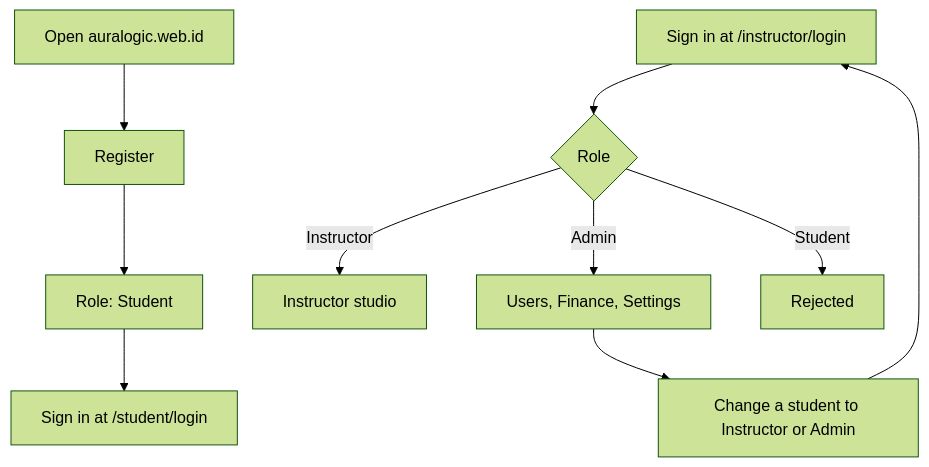
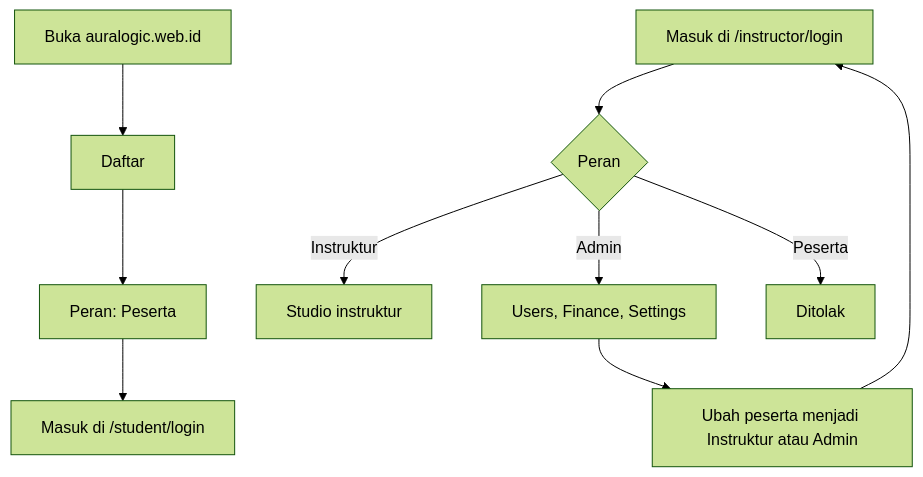
One commit to bionte4/auralogic changed the first of 6 diagrams in docs/process-flow.md. Above: the diagram before and after it, drawn with Mermaid (forest theme). The commit also changed other lines of this file and 4 other files, not shown here.

First line of the commit message:
Document the current student, instructor, and admin paths.

````diff
--- a/docs/process-flow.md
+++ b/docs/process-flow.md
@@ -7,12 +11,12 @@
 ```mermaid
 flowchart TD
-  visit[Open auralogic.web.id] --> register[Register]
-  register --> student[Role: Student]
-  student --> studentLogin["Sign in at /student/login"]
-  staffLogin["Sign in at /instructor/login"] --> staff{Role}
-  staff -->|Instructor| studio[Instructor studio]
+  visit[Buka auralogic.web.id] --> register[Daftar]
+  register --> student[Peran: Peserta]
+  student --> studentLogin["Masuk di /student/login"]
+  staffLogin["Masuk di /instructor/login"] --> staff{Peran}
+  staff -->|Instruktur| studio[Studio instruktur]
   staff -->|Admin| admin[Users, Finance, Settings]
-  staff -->|Student| rejected[Rejected]
-  admin --> promote[Change a student to Instructor or Admin]
+  staff -->|Peserta| rejected[Ditolak]
+  admin --> promote[Ubah peserta menjadi Instruktur atau Admin]
   promote --> staffLogin
 ```
````
